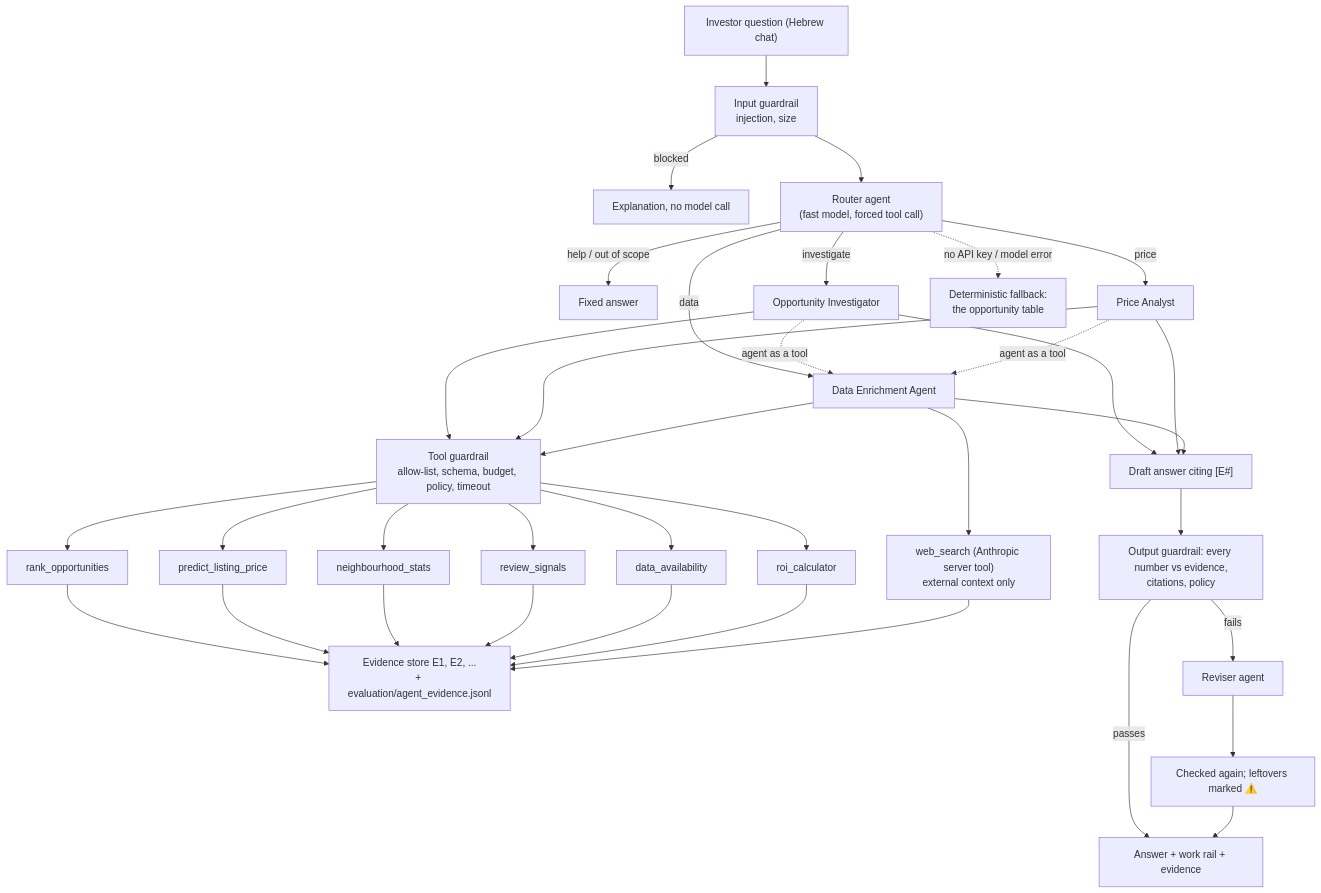
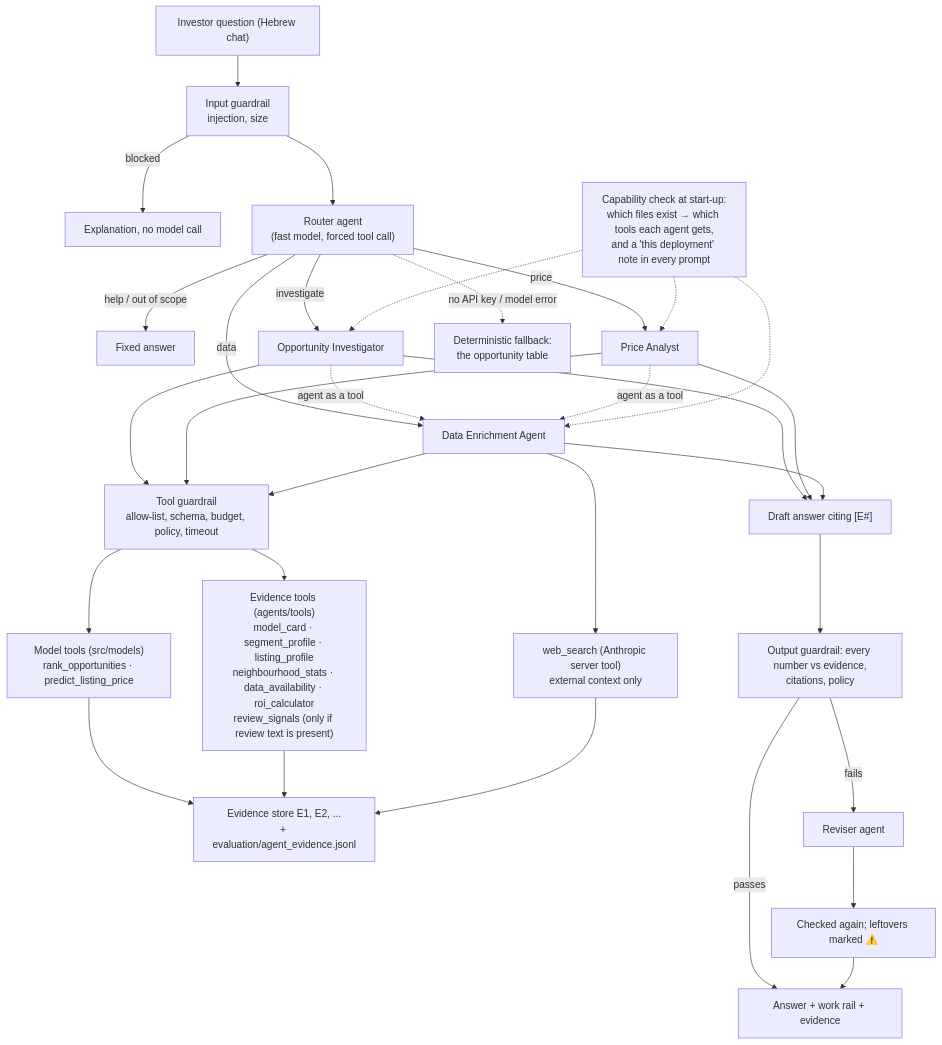
The diagram in docs/agents.md (AdirMachineLearning/property-investment-intelligence-system), drawn with Mermaid before and after one commit. The commit also changed other lines of this file and 14 other files, not shown here.

First line of the commit message:
Agents: evidence tools for the shipped data, capability-aware specialists

````diff
--- a/docs/agents.md
+++ b/docs/agents.md
@@ -13,22 +13,24 @@
 ```mermaid
 flowchart TD
     U["Investor question (Hebrew chat)"] --> IG["Input guardrail<br/>injection, size"]
     IG -->|blocked| A0["Explanation, no model call"]
     IG --> R["Router agent<br/>(fast model, forced tool call)"]
     R -->|help / out of scope| A1["Fixed answer"]
     R -->|investigate| INV["Opportunity Investigator"]
     R -->|price| PA["Price Analyst"]
     R -->|data| EN["Data Enrichment Agent"]
     INV -. "agent as a tool" .-> EN
     PA -. "agent as a tool" .-> EN
+    CAP["Capability check at start-up:<br/>which files exist → which tools each agent gets,<br/>and a 'this deployment' note in every prompt"] -.-> INV & PA & EN
     INV & PA & EN --> TG["Tool guardrail<br/>allow-list, schema, budget, policy, timeout"]
-    TG --> T1["rank_opportunities"] & T2["predict_listing_price"] & T3["neighbourhood_stats"] & T4["review_signals"] & T5["data_availability"] & T6["roi_calculator"]
+    TG --> M["Model tools (src/models)<br/>rank_opportunities · predict_listing_price"]
+    TG --> E["Evidence tools (agents/tools)<br/>model_card · segment_profile · listing_profile<br/>neighbourhood_stats · data_availability · roi_calculator<br/>review_signals (only if review text is present)"]
     EN --> W["web_search (Anthropic server tool)<br/>external context only"]
-    T1 & T2 & T3 & T4 & T5 & T6 & W --> EV["Evidence store E1, E2, ...<br/>+ evaluation/agent_evidence.jsonl"]
+    M & E & W --> EV["Evidence store E1, E2, ...<br/>+ evaluation/agent_evidence.jsonl"]
     INV & PA & EN --> D["Draft answer citing [E#]"]
     D --> OG["Output guardrail: every number vs evidence,<br/>citations, policy"]
     OG -->|fails| RV["Reviser agent"] --> OG2["Checked again; leftovers marked ⚠️"]
     OG -->|passes| OUT["Answer + work rail + evidence"]
     OG2 --> OUT
     R -. "no API key / model error" .-> FB["Deterministic fallback:<br/>the opportunity table"]
 ```
````
